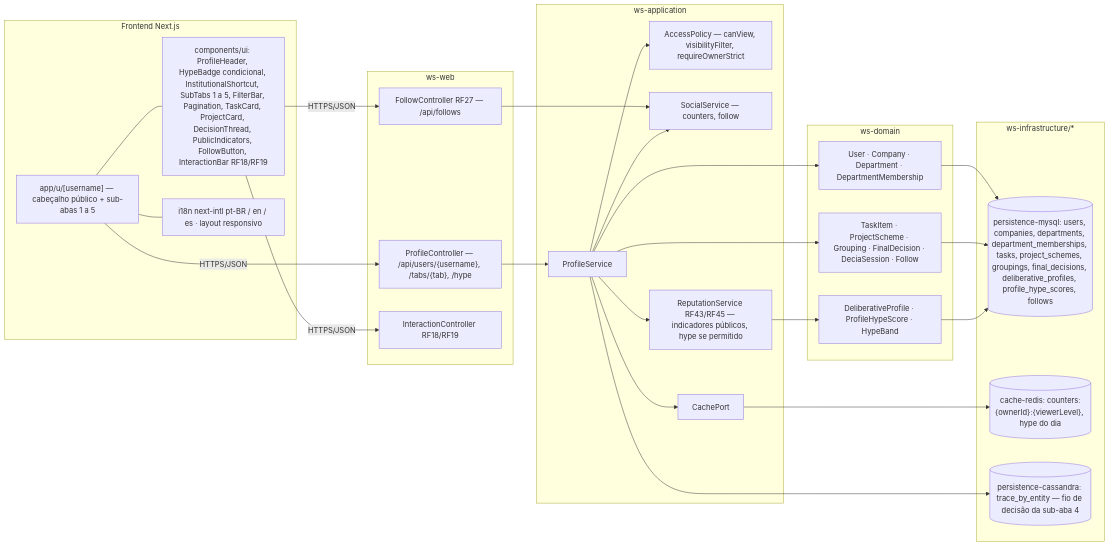
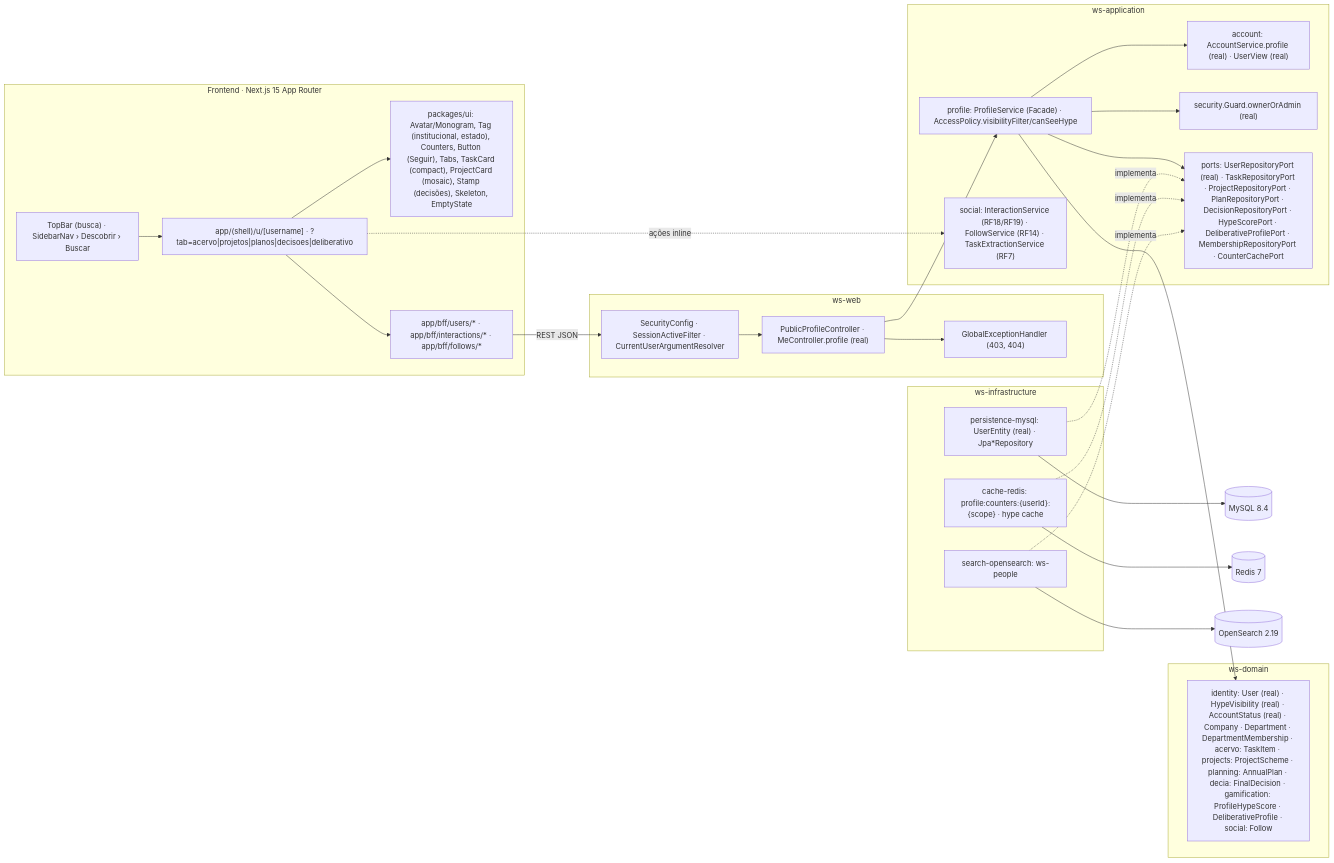
Before and after one commit to MatheusHaliski/Decia-app-2026: the fifth of 5 diagrams in docs/diagramas/RF16/README.md, drawn with Mermaid. The commit also changed other lines of this file and 4 other files, not shown here.

First line of the commit message:
docs(diagramas): reescreve RF16–RF20 (perfil de terceiros, Buscar, interações sociais, adequação do acervo)

````diff
--- a/docs/diagramas/RF16/README.md
+++ b/docs/diagramas/RF16/README.md
@@ -456,54 +421,46 @@
 ```mermaid
 flowchart LR
-  subgraph FE["Frontend Next.js"]
-    F1["app/u/[username] — cabeçalho público + sub-abas 1 a 5"]
-    F2["components/ui: ProfileHeader, HypeBadge condicional, InstitutionalShortcut, SubTabs 1 a 5, FilterBar, Pagination, TaskCard, ProjectCard, DecisionThread, PublicIndicators, FollowButton, InteractionBar RF18/RF19"]
-    F3["i18n next-intl pt-BR / en / es · layout responsivo"]
+  subgraph FE["Frontend · Next.js 15 App Router"]
+    PG["app/(shell)/u/[username] · ?tab=acervo|projetos|planos|decisoes|deliberativo"]
+    UI["packages/ui: Avatar/Monogram, Tag (institucional, estado), Counters, Button (Seguir), Tabs, TaskCard (compact), ProjectCard (mosaic), Stamp (decisões), Skeleton, EmptyState"]
+    SN["TopBar (busca) · SidebarNav › Descobrir › Buscar"]
+    BFF["app/bff/users/* · app/bff/interactions/* · app/bff/follows/*"]
+    PG --> UI
+    PG --> BFF
+    SN --> PG
+  end
+  subgraph WSWEB["ws-web"]
+    SEC["SecurityConfig · SessionActiveFilter · CurrentUserArgumentResolver"]
+    PC["PublicProfileController · MeController.profile (real)"]
+    GEH["GlobalExceptionHandler (403, 404)"]
+  end
+  subgraph WSAPP["ws-application"]
+    PF["profile: ProfileService (Facade) · AccessPolicy.visibilityFilter/canSeeHype"]
+    AC["account: AccountService.profile (real) · UserView (real)"]
+    GD["security.Guard.ownerOrAdmin (real)"]
+    PORTS["ports: UserRepositoryPort (real) · TaskRepositoryPort · ProjectRepositoryPort · PlanRepositoryPort · DecisionRepositoryPort · HypeScorePort · DeliberativeProfilePort · MembershipRepositoryPort · CounterCachePort"]
+    SOC["social: InteractionService (RF18/RF19) · FollowService (RF14) · TaskExtractionService (RF7)"]
+    PF --> AC
+    PF --> GD
+    PF --> PORTS
+    PG -.ações inline.-> SOC
+  end
+  subgraph WSDOM["ws-domain"]
+    DOM["identity: User (real) · HypeVisibility (real) · AccountStatus (real) · Company · Department · DepartmentMembership · acervo: TaskItem · projects: ProjectScheme · planning: AnnualPlan · decia: FinalDecision · gamification: ProfileHypeScore · DeliberativeProfile · social: Follow"]
+  end
+  subgraph INFRA["ws-infrastructure"]
+    MY["persistence-mysql: UserEntity (real) · Jpa*Repository"]
+    RDS["cache-redis: profile:counters:{userId}:{scope} · hype cache"]
+    OSE["search-opensearch: ws-people"]
   end
 
-  subgraph WEB["ws-web"]
-    C1["ProfileController — /api/users/{username}, /tabs/{tab}, /hype"]
-    C2["FollowController RF27 — /api/follows"]
-    C3["InteractionController RF18/RF19"]
-  end
-
-  subgraph APP["ws-application"]
-    S1["ProfileService"]
-    S2["AccessPolicy — canView, visibilityFilter, requireOwnerStrict"]
-    S3["SocialService — counters, follow"]
-    S4["ReputationService RF43/RF45 — indicadores públicos, hype se permitido"]
-    P1["CachePort"]
-  end
-
-  subgraph DOM["ws-domain"]
-    D1["User · Company · Department · DepartmentMembership"]
-    D2["TaskItem · ProjectScheme · Grouping · FinalDecision · DeciaSession · Follow"]
-    D3["DeliberativeProfile · ProfileHypeScore · HypeBand"]
-  end
-
-  subgraph INFRA["ws-infrastructure/*"]
-    I1[("persistence-mysql: users, companies, departments, department_memberships, tasks, project_schemes, groupings, final_decisions, deliberative_profiles, profile_hype_scores, follows")]
-    I2[("cache-redis: counters:{ownerId}:{viewerLevel}, hype do dia")]
-    I3[("persistence-cassandra: trace_by_entity — fio de decisão da sub-aba 4")]
-  end
-
-  F1 --- F2
-  F1 --- F3
-  F1 -->|"HTTPS/JSON"| C1
-  F2 -->|"HTTPS/JSON"| C2
-  F2 -->|"HTTPS/JSON"| C3
-  C1 --> S1
-  C2 --> S3
-  S1 --> S2
-  S1 --> S3
-  S1 --> S4
-  S1 --> P1
-  S1 --> D1
-  S1 --> D2
-  S4 --> D3
-  D1 --> I1
-  D2 --> I1
-  D3 --> I1
-  P1 --> I2
-  S1 --> I3
+  BFF -->|"REST JSON"| SEC --> PC --> PF
+  PC --> GEH
+  MY -.implementa.-> PORTS
+  RDS -.implementa.-> PORTS
+  OSE -.implementa.-> PORTS
+  PF --> DOM
+  MY --> DB[("MySQL 8.4")]
+  RDS --> RD[("Redis 7")]
+  OSE --> OSX[("OpenSearch 2.19")]
 ```
````
